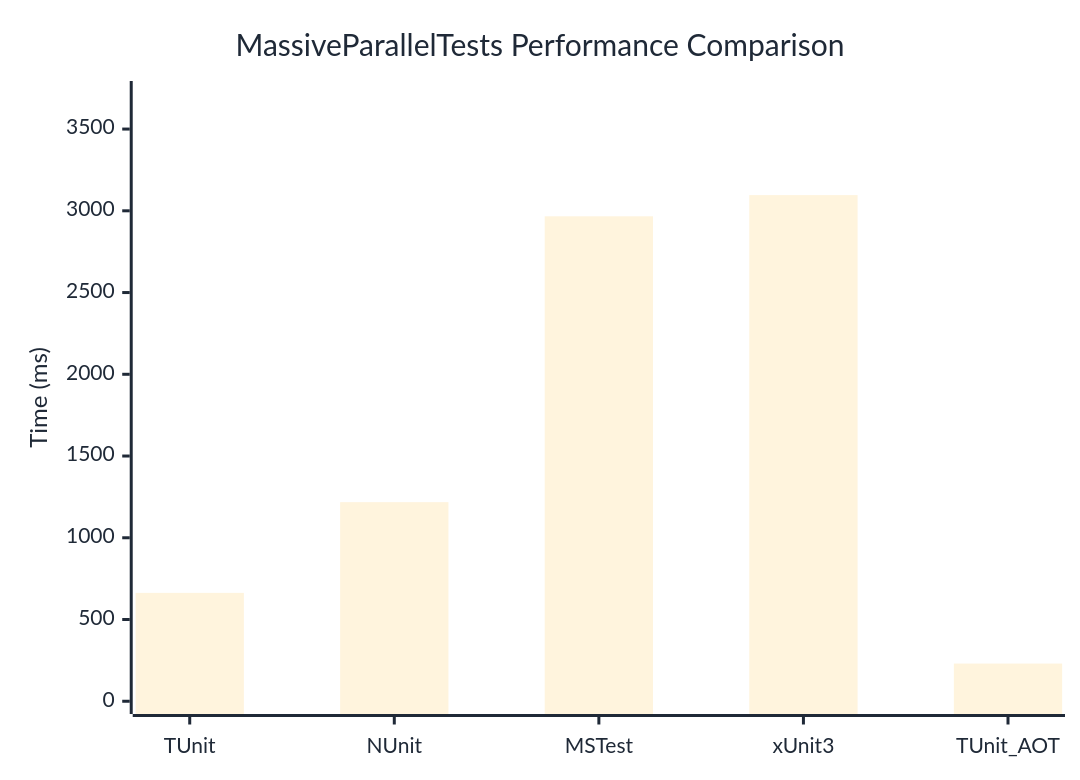
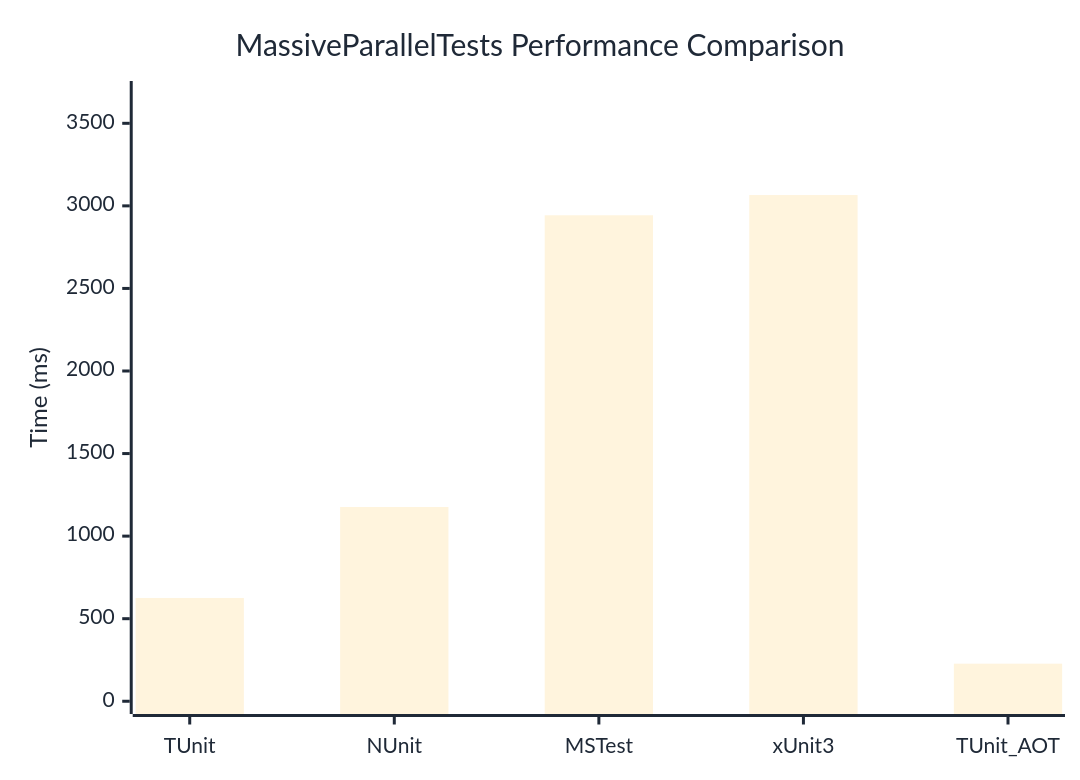
One commit to thomhurst/TUnit changed the diagram in docs/docs/benchmarks/MassiveParallelTests.md. Above: the diagram before and after it, drawn with Mermaid. The commit also changed other lines of this file and 17 other files, not shown here.

````diff
--- a/docs/docs/benchmarks/MassiveParallelTests.md
+++ b/docs/docs/benchmarks/MassiveParallelTests.md
@@ -27,37 +27,37 @@
 ```mermaid
 %%{init: {
   'theme':'base',
   'themeVariables': {
     'primaryColor': '#2563eb',
     'primaryTextColor': '#1f2937',
     'primaryBorderColor': '#1e40af',
     'lineColor': '#6b7280',
     'secondaryColor': '#7c3aed',
     'tertiaryColor': '#dc2626',
     'background': '#ffffff',
     'mainBkg': '#2563eb',
     'secondBkg': '#7c3aed',
     'tertiaryBkg': '#dc2626',
     'clusterBkg': '#f3f4f6',
     'edgeLabelBackground': '#ffffff',
     'tertiaryTextColor': '#1f2937',
     'pie1': '#2563eb',
     'pie2': '#7c3aed',
     'pie3': '#dc2626',
     'pie4': '#f59e0b',
     'pie5': '#10b981',
     'pie6': '#06b6d4',
     'pie7': '#ec4899',
     'pie8': '#6366f1',
     'pie9': '#84cc16',
     'pie10': '#f97316',
     'pie11': '#14b8a6',
     'pie12': '#a855f7'
   }
 }}%%
 xychart-beta
   title "MassiveParallelTests Performance Comparison"
   x-axis ["TUnit", "NUnit", "MSTest", "xUnit3", "TUnit_AOT"]
-  y-axis "Time (ms)" 0 --> 3716
-  bar [662.9, 1217.8, 2966.4, 3096, 230.5]
+  y-axis "Time (ms)" 0 --> 3679
+  bar [625.5, 1176.4, 2943.1, 3065.6, 227.6]
 ```
````
